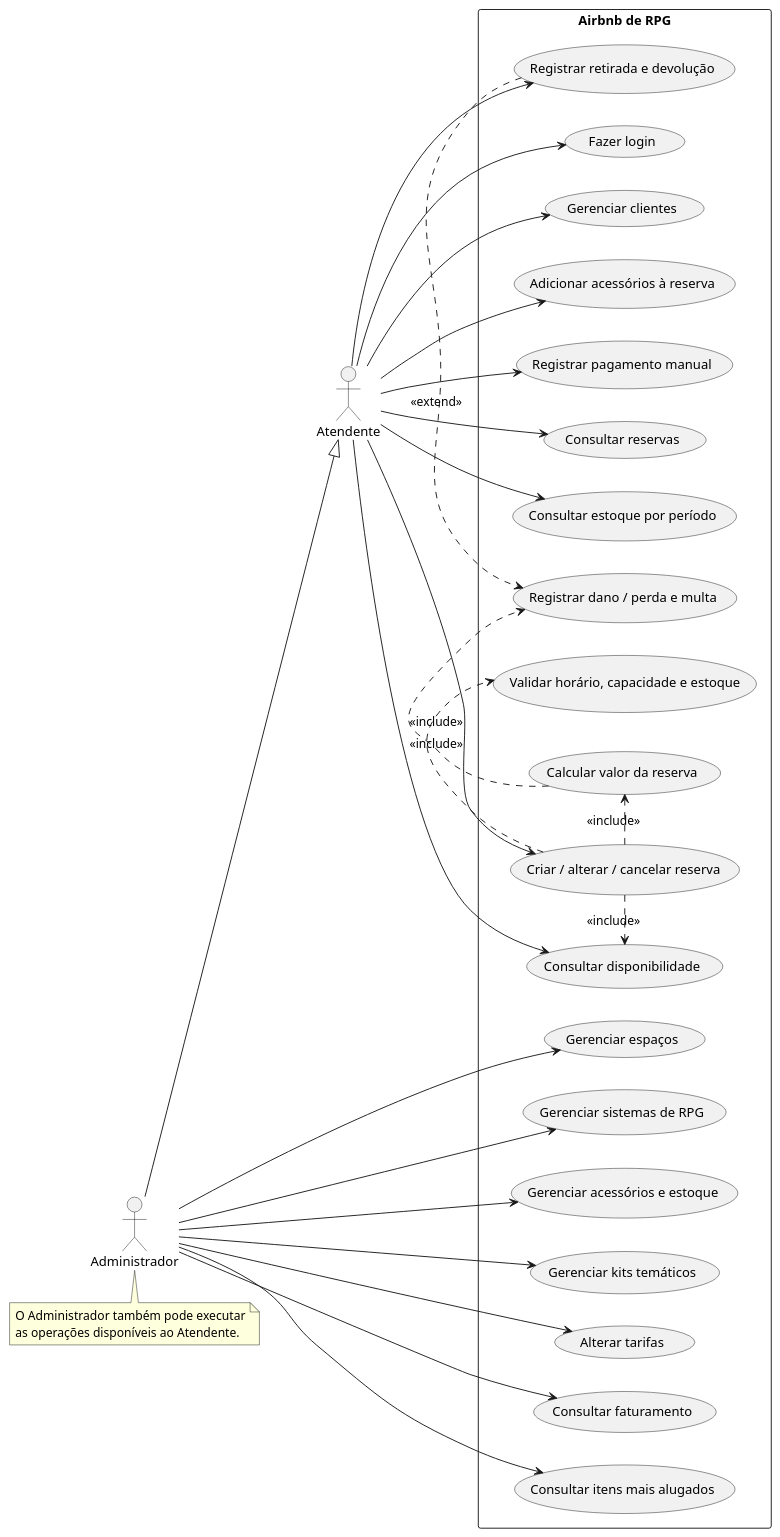
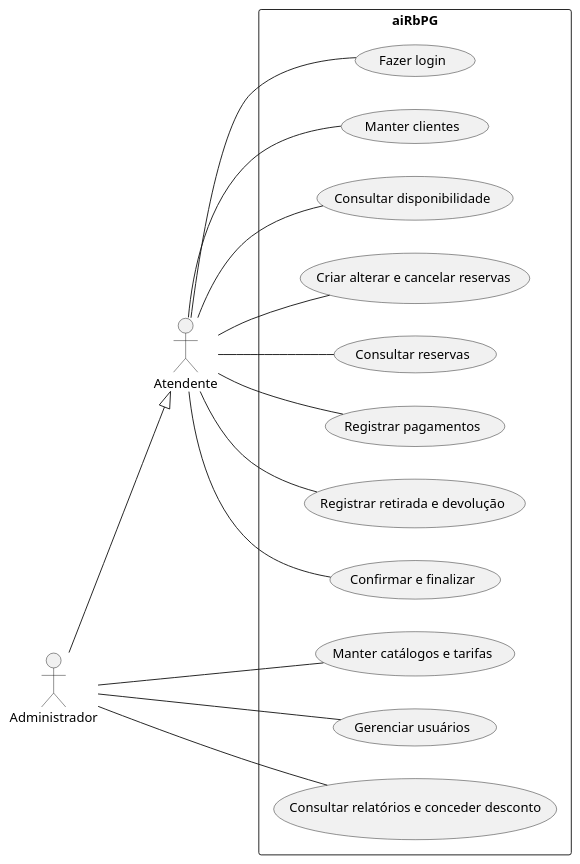
Before and after one commit to AleFeroiz/aiRbPG: the diagram in docs/uml/casos-de-uso.puml, drawn with PlantUML. The commit also changed 15 other files, not shown here.

Commit message:
docs: entrega requisitos manual e diagramas revisados

```diff
--- a/docs/uml/casos-de-uso.puml
+++ b/docs/uml/casos-de-uso.puml
@@ -1,60 +1,30 @@
 @startuml
 left to right direction
-skinparam packageStyle rectangle
-
-actor "Atendente" as Atendente
-actor "Administrador" as Admin
-Admin --|> Atendente
-
-rectangle "Airbnb de RPG" {
-  usecase "Fazer login" as UCLogin
-  usecase "Gerenciar clientes" as UCClientes
-  usecase "Gerenciar espaços" as UCEspacos
-  usecase "Gerenciar sistemas de RPG" as UCSistemas
-  usecase "Gerenciar acessórios e estoque" as UCAcessorios
-  usecase "Gerenciar kits temáticos" as UCKits
-  usecase "Consultar disponibilidade" as UCDisponibilidade
-  usecase "Criar / alterar / cancelar reserva" as UCReserva
-  usecase "Adicionar acessórios à reserva" as UCItens
-  usecase "Validar horário, capacidade e estoque" as UCValidacoes
-  usecase "Calcular valor da reserva" as UCCalcular
-  usecase "Registrar pagamento manual" as UCPagamento
-  usecase "Registrar retirada e devolução" as UCDevolucao
-  usecase "Registrar dano / perda e multa" as UCMulta
-  usecase "Consultar reservas" as UCConsulta
-  usecase "Consultar estoque por período" as UCEstoque
-  usecase "Alterar tarifas" as UCTarifa
-  usecase "Consultar faturamento" as UCFaturamento
-  usecase "Consultar itens mais alugados" as UCMaisAlugados
+actor Atendente
+actor Administrador
+Administrador --|> Atendente
+rectangle aiRbPG {
+usecase "Fazer login" as Login
+usecase "Manter clientes" as Clientes
+usecase "Consultar disponibilidade" as Disponibilidade
+usecase "Criar alterar e cancelar reservas" as Reserva
+usecase "Consultar reservas" as Consulta
+usecase "Registrar pagamentos" as Pagamento
+usecase "Registrar retirada e devolução" as Devolucao
+usecase "Confirmar e finalizar" as Finalizar
+usecase "Manter catálogos e tarifas" as Catalogos
+usecase "Gerenciar usuários" as Usuarios
+usecase "Consultar relatórios e conceder desconto" as Relatorios
 }
-
-Atendente --> UCLogin
-Atendente --> UCClientes
-Atendente --> UCDisponibilidade
-Atendente --> UCReserva
-Atendente --> UCItens
-Atendente --> UCPagamento
-Atendente --> UCDevolucao
-Atendente --> UCConsulta
-Atendente --> UCEstoque
-
-Admin --> UCEspacos
-Admin --> UCSistemas
-Admin --> UCAcessorios
-Admin --> UCKits
-Admin --> UCTarifa
-Admin --> UCFaturamento
-Admin --> UCMaisAlugados
-
-UCReserva .> UCValidacoes : <<include>>
-UCReserva .> UCCalcular : <<include>>
-UCReserva .> UCDisponibilidade : <<include>>
-UCDevolucao .> UCMulta : <<extend>>
-UCCalcular .> UCMulta : <<include>>
-
-note bottom of Admin
-  O Administrador também pode executar
-  as operações disponíveis ao Atendente.
-end note
-
+Atendente -- Login
+Atendente -- Clientes
+Atendente -- Disponibilidade
+Atendente -- Reserva
+Atendente -- Consulta
+Atendente -- Pagamento
+Atendente -- Devolucao
+Atendente -- Finalizar
+Administrador -- Catalogos
+Administrador -- Usuarios
+Administrador -- Relatorios
 @enduml
```
